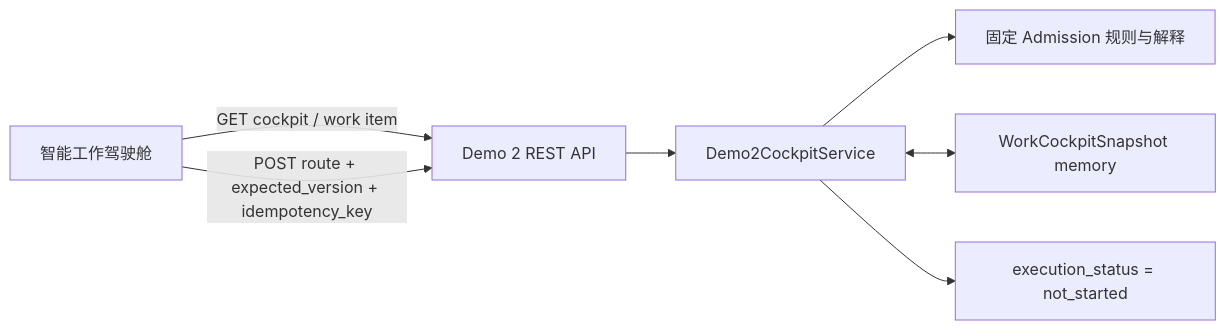
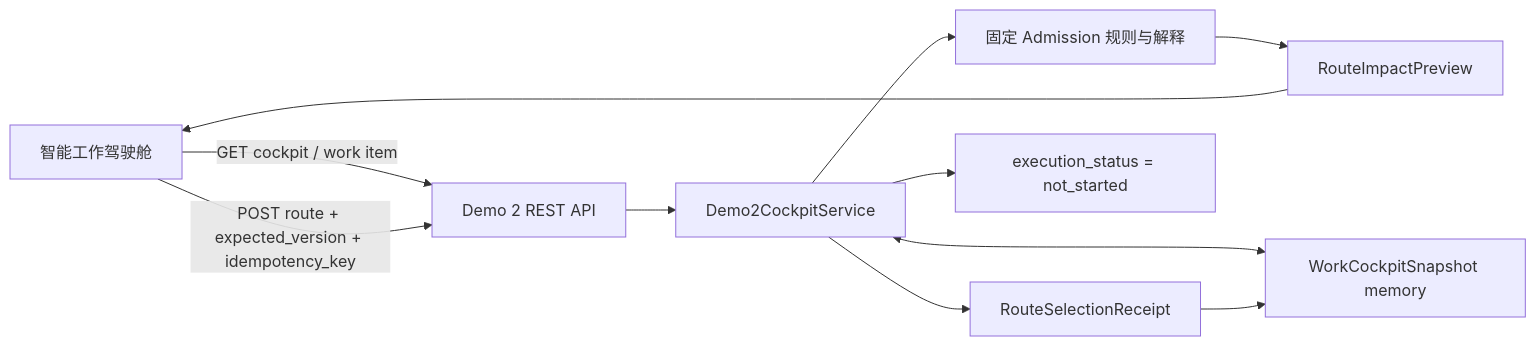
Before and after one commit to Dickey007s/lenovo_agent: the seventh of 7 diagrams in docs/ARCHITECTURE.md, drawn with Mermaid. The commit also changed other lines of this file and 15 other files, not shown here.

Commit message:
docs: record demo2 route impact evidence

````diff
--- a/docs/ARCHITECTURE.md
+++ b/docs/ARCHITECTURE.md
@@ -310,16 +310,22 @@
 ```mermaid
 flowchart LR
     UI["智能工作驾驶舱"]
     API["Demo 2 REST API"]
     SVC["Demo2CockpitService"]
     SNAP["WorkCockpitSnapshot memory"]
     ADMIT["固定 Admission 规则与解释"]
+    PREVIEW["RouteImpactPreview"]
+    RECEIPT["RouteSelectionReceipt"]
     STOP["execution_status = not_started"]
 
     UI -->|"GET cockpit / work item"| API
     UI -->|"POST route + expected_version + idempotency_key"| API
     API --> SVC
     SVC --> ADMIT
+    ADMIT --> PREVIEW
+    PREVIEW --> UI
     SVC <--> SNAP
+    SVC --> RECEIPT
+    RECEIPT --> SNAP
     SVC --> STOP
 ```
````
